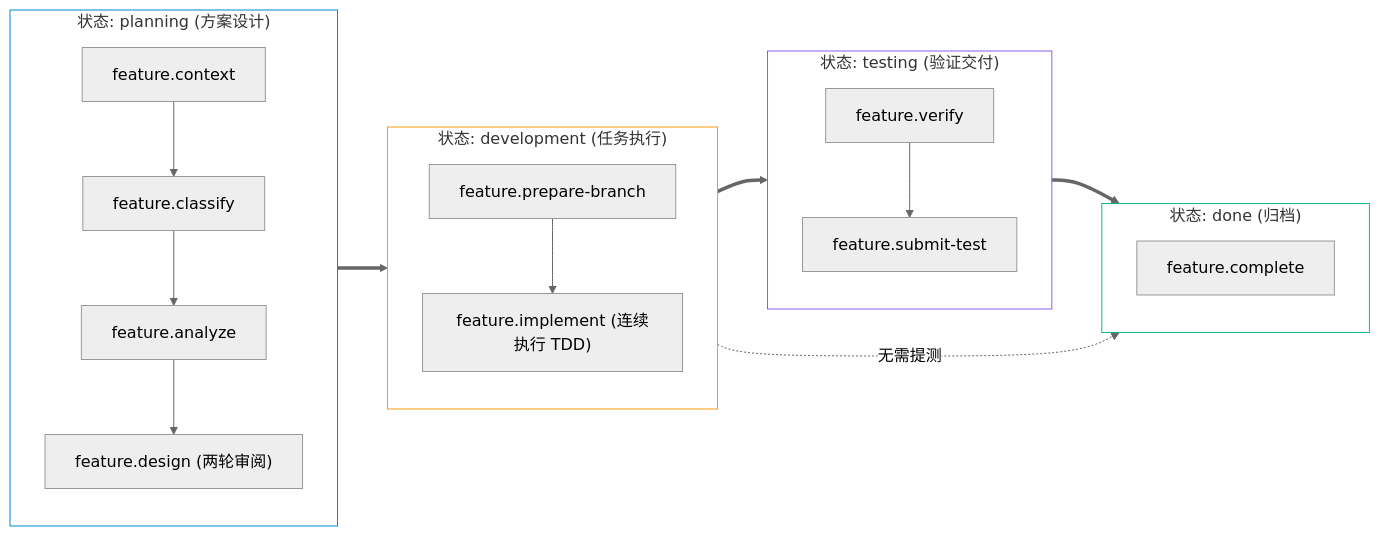
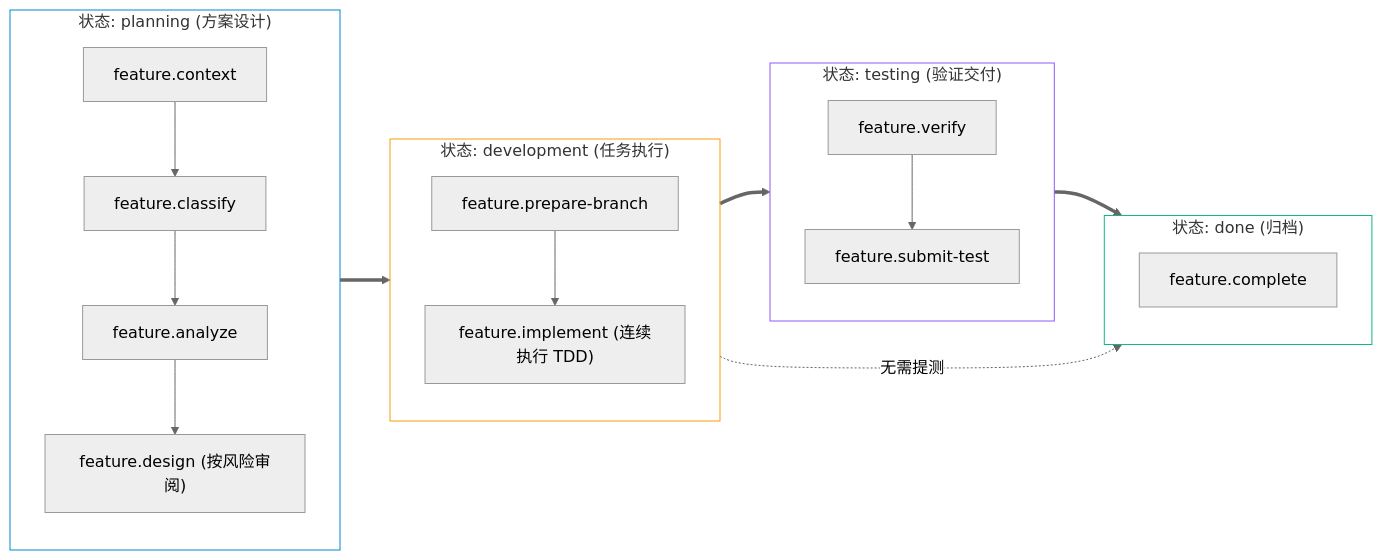
One commit to sandy-hmb/agent-workbench changed the second of 2 diagrams in docs/foundation/README.md. Above: the diagram before and after it, drawn with Mermaid (neutral theme). The commit also changed other lines of this file and 33 other files, not shown here.

````diff
--- a/docs/foundation/README.md
+++ b/docs/foundation/README.md
@@ -26,33 +40,33 @@
 ```mermaid
 flowchart LR
     subgraph S_Plan ["状态: planning (方案设计)"]
         direction TB
         c1["feature.context"] --> c2["feature.classify"]
         c2 --> c3["feature.analyze"]
-        c3 --> c4["feature.design (两轮审阅)"]
+        c3 --> c4["feature.design (按风险审阅)"]
     end
 
     subgraph S_Dev ["状态: development (任务执行)"]
         direction TB
         d1["feature.prepare-branch"] --> d2["feature.implement (连续执行 TDD)"]
     end
 
     subgraph S_Test ["状态: testing (验证交付)"]
         direction TB
         t1["feature.verify"] --> t2["feature.submit-test"]
     end
 
     subgraph S_Done ["状态: done (归档)"]
         doneNode["feature.complete"]
     end
 
     S_Plan ==> S_Dev
     S_Dev ==> S_Test
     S_Test ==> S_Done
     S_Dev -.->|无需提测| S_Done
 
     style S_Plan fill:none,stroke:#0288d1,stroke-width:1px
     style S_Dev fill:none,stroke:#f59e0b,stroke-width:1px
     style S_Test fill:none,stroke:#8b5cf6,stroke-width:1px
     style S_Done fill:none,stroke:#10b981,stroke-width:1px
 ```
````
